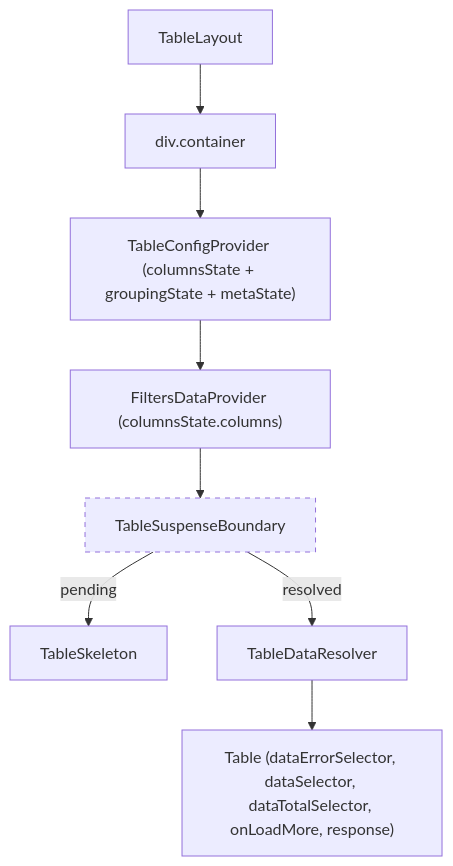
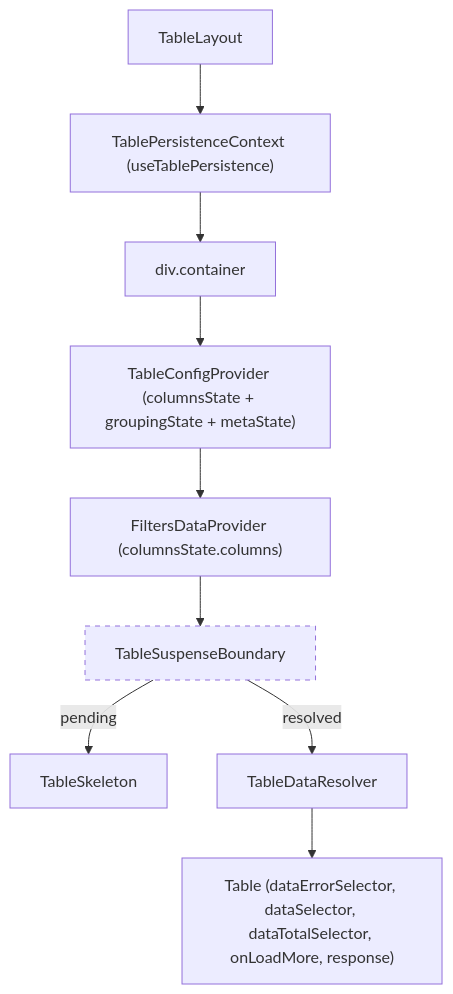
The diagram in packages/ui/src/components/Table/TableLayout/ARCHITECTURE.md (luciocabrera/lcabrera-stack), drawn with Mermaid before and after one commit. The commit also changed other lines of this file and 85 other files, not shown here.

````diff
--- a/packages/ui/src/components/Table/TableLayout/ARCHITECTURE.md
+++ b/packages/ui/src/components/Table/TableLayout/ARCHITECTURE.md
@@ -27,12 +27,13 @@
 ```mermaid
 graph TD
-  TL["TableLayout"] --> container["div.container"]
+  TL["TableLayout"] --> TPC["TablePersistenceContext (useTablePersistence)"]
+  TPC --> container["div.container"]
   container --> TCP["TableConfigProvider (columnsState + groupingState + metaState)"]
   TCP --> FDP["FiltersDataProvider (columnsState.columns)"]
   FDP --> TSB["TableSuspenseBoundary"]
   TSB -->|pending| SK["TableSkeleton"]
   TSB -->|resolved| TDR["TableDataResolver"]
   TDR --> T["Table (dataErrorSelector, dataSelector, dataTotalSelector, onLoadMore, response)"]
 
   style TSB stroke-dasharray: 5 5
 ```
````
